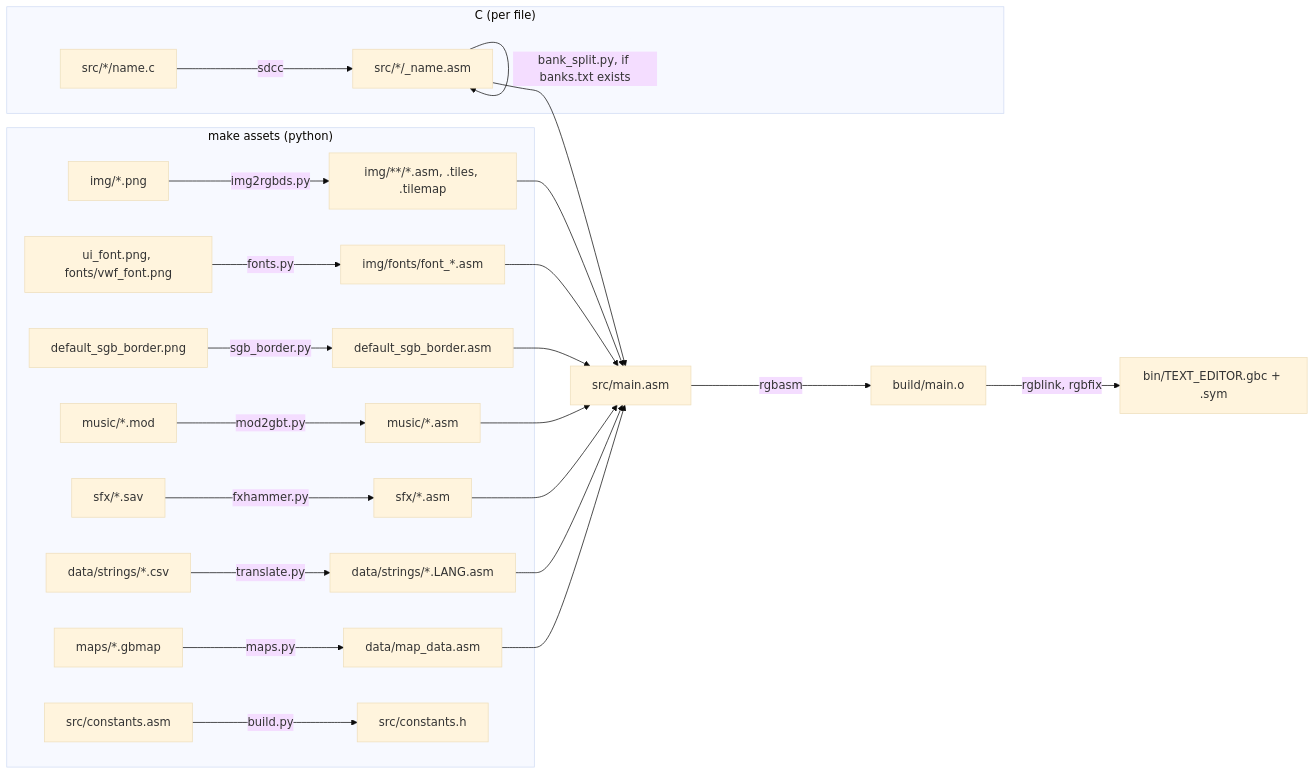
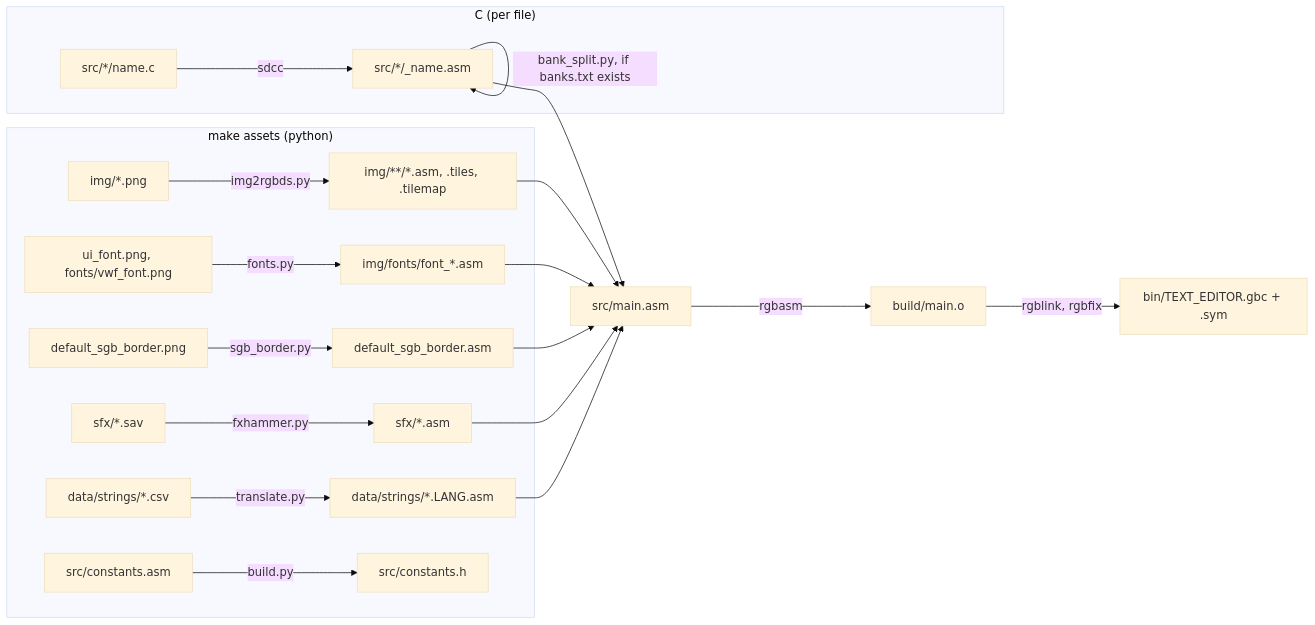
Before and after one commit to Q-Bert-Reynolds/fatpak: the first of 3 diagrams in ARCHITECTURE.md, drawn with Mermaid (base theme). The commit also changed other lines of this file and 17 other files, not shown here.

Commit message:
removes gbt_player and music, keeps sfx

````diff
--- a/ARCHITECTURE.md
+++ b/ARCHITECTURE.md
@@ -22,20 +21,18 @@
 ```mermaid
 flowchart LR
   subgraph assets["make assets (python)"]
     png[img/*.png] -->|img2rgbds.py| imgasm[img/**/*.asm, .tiles, .tilemap]
     fontpng[ui_font.png, fonts/vwf_font.png] -->|fonts.py| fontasm[img/fonts/font_*.asm]
     border[default_sgb_border.png] -->|sgb_border.py| borderasm[default_sgb_border.asm]
-    mod[music/*.mod] -->|mod2gbt.py| musicasm[music/*.asm]
     sav[sfx/*.sav] -->|fxhammer.py| sfxasm[sfx/*.asm]
     csv[data/strings/*.csv] -->|translate.py| strasm[data/strings/*.LANG.asm]
-    gbmap[maps/*.gbmap] -->|maps.py| mapasm[data/map_data.asm]
     consts[src/constants.asm] -->|build.py| consth[src/constants.h]
   end
   subgraph c["C (per file)"]
     cfile[src/*/name.c] -->|sdcc| casm[src/*/_name.asm]
     casm -->|bank_split.py, if banks.txt exists| casm
   end
   main[src/main.asm] -->|rgbasm| obj[build/main.o]
-  imgasm & fontasm & borderasm & musicasm & sfxasm & strasm & mapasm & casm --> main
+  imgasm & fontasm & borderasm & sfxasm & strasm & casm --> main
   obj -->|rgblink, rgbfix| rom[bin/TEXT_EDITOR.gbc + .sym]
 ```
````
